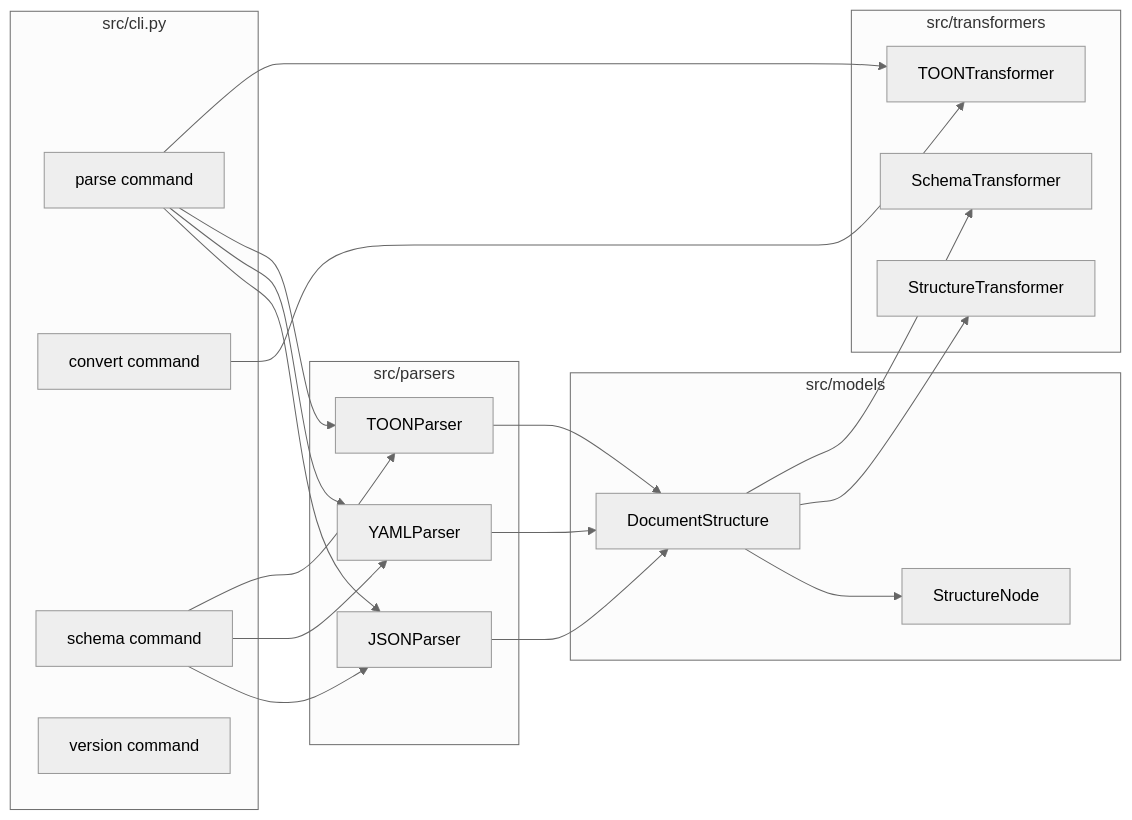
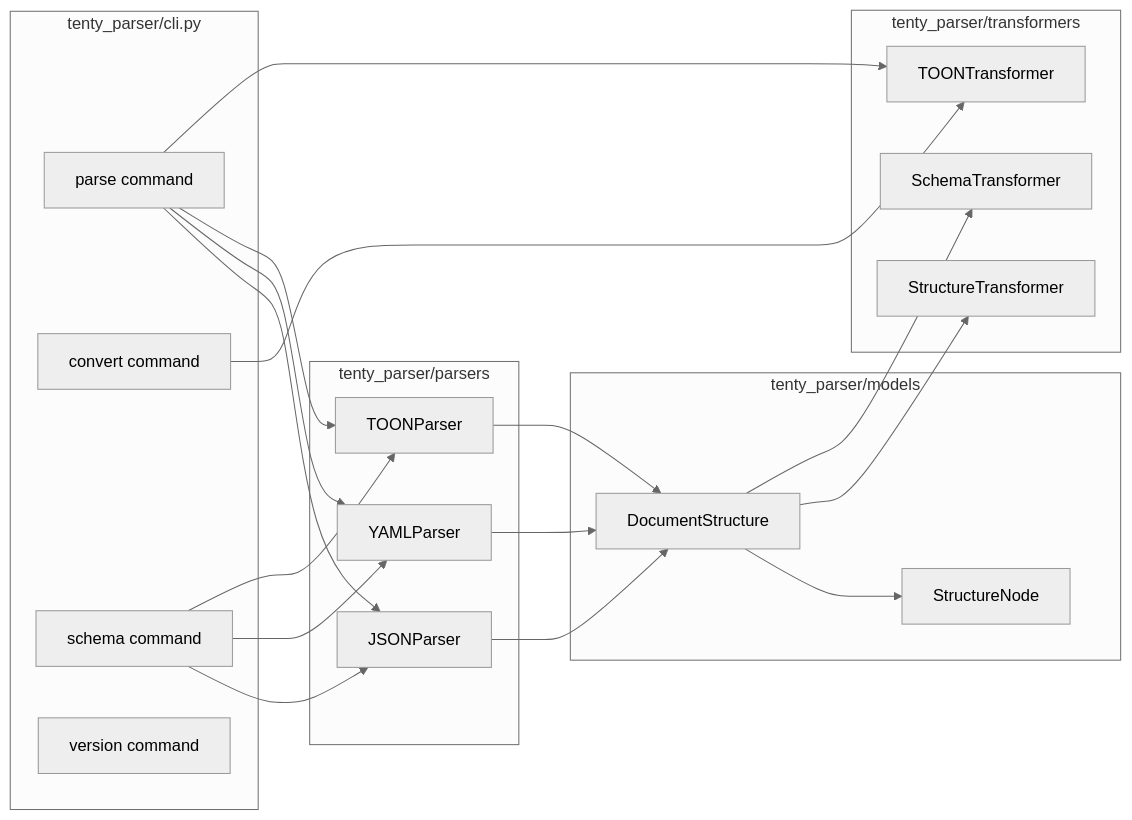
Before and after one commit to Keniding/tenty-parser: the first of 2 diagrams in docs/functionality.md, drawn with Mermaid (neutral theme). The commit also changed other lines of this file and 28 other files, not shown here.

````diff
--- a/docs/functionality.md
+++ b/docs/functionality.md
@@ -7,43 +7,43 @@
 ```mermaid
 flowchart LR
-    subgraph CLI["src/cli.py"]
+    subgraph CLI["tenty_parser/cli.py"]
         parse[parse command]
         convert[convert command]
         schema[schema command]
         version[version command]
     end
 
-    subgraph Parsers["src/parsers"]
+    subgraph Parsers["tenty_parser/parsers"]
         JSONParser
         YAMLParser
         TOONParser
     end
 
-    subgraph Models["src/models"]
+    subgraph Models["tenty_parser/models"]
         StructureNode
         DocumentStructure
     end
 
-    subgraph Transformers["src/transformers"]
+    subgraph Transformers["tenty_parser/transformers"]
         StructureTransformer
         TOONTransformer
         SchemaTransformer
     end
 
     parse --> JSONParser
     parse --> YAMLParser
     parse --> TOONParser
     schema --> JSONParser
     schema --> YAMLParser
     schema --> TOONParser
 
     JSONParser --> DocumentStructure
     YAMLParser --> DocumentStructure
     TOONParser --> DocumentStructure
     DocumentStructure --> StructureNode
 
     DocumentStructure --> StructureTransformer
     DocumentStructure --> SchemaTransformer
     parse --> TOONTransformer
     convert --> TOONTransformer
 ```
````
